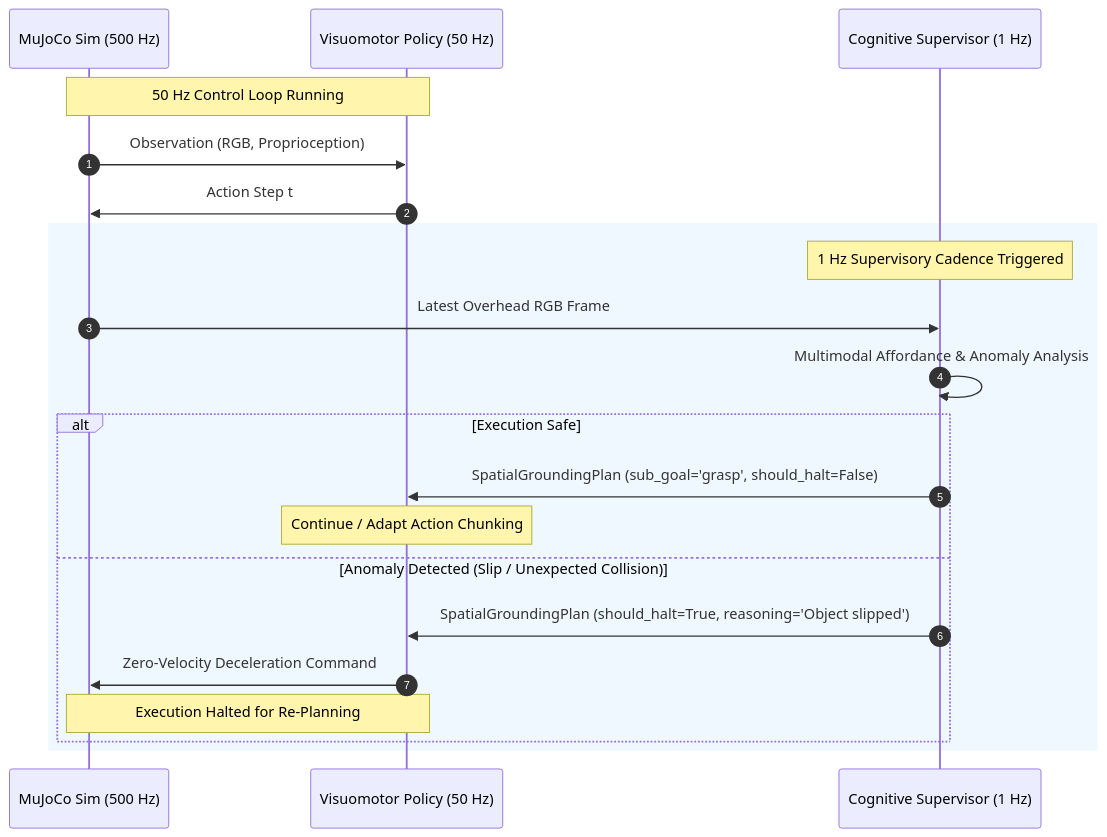
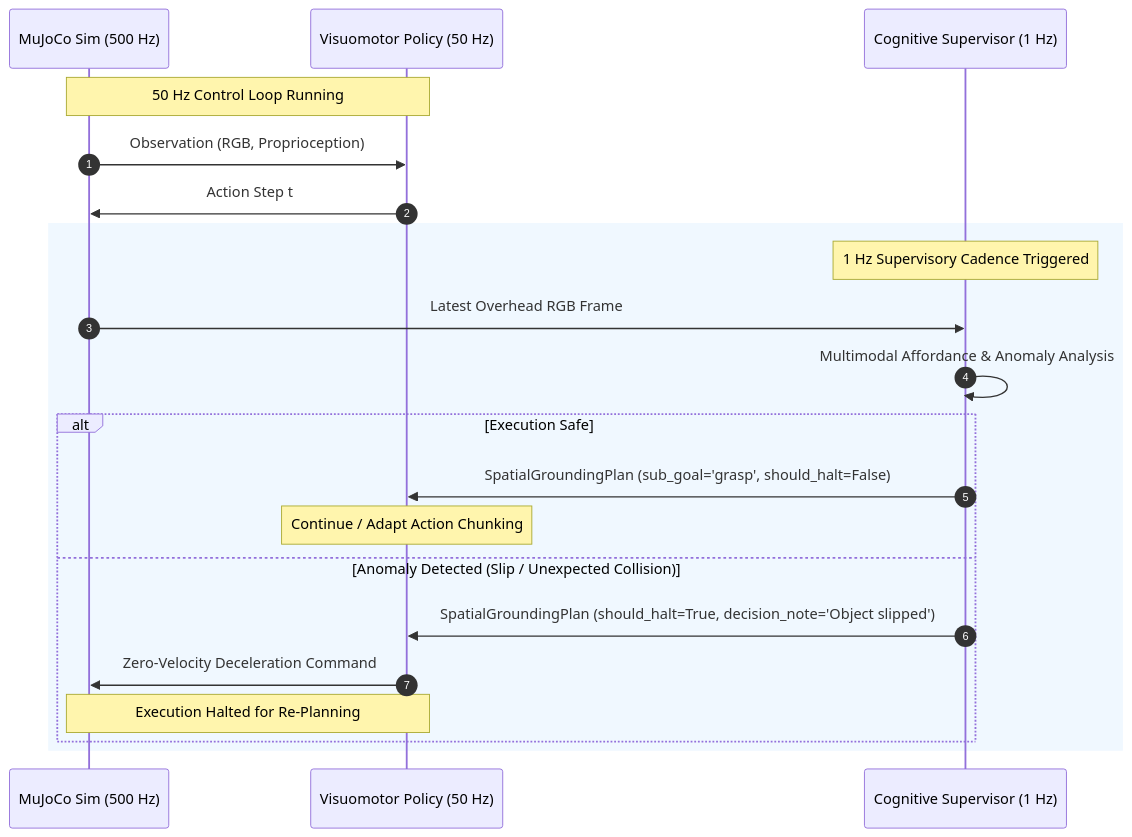
The second of 2 diagrams in docs/subsystem/01_cognitive_supervisory_tier.md (szcai1998/lerobot-agentic), drawn with Mermaid before and after one commit. The commit also changed other lines of this file and 18 other files, not shown here.

Commit message:
feat: implement industrial review feedback across policy, kinematics, schemas, and docs

````diff
--- a/docs/subsystem/01_cognitive_supervisory_tier.md
+++ b/docs/subsystem/01_cognitive_supervisory_tier.md
@@ -172,25 +181,25 @@
 ```mermaid
 sequenceDiagram
     autonumber
     participant ENV as MuJoCo Sim (500 Hz)
     participant POL as Visuomotor Policy (50 Hz)
     participant COG as Cognitive Supervisor (1 Hz)
 
     Note over ENV,POL: 50 Hz Control Loop Running
     ENV->>POL: Observation (RGB, Proprioception)
     POL->>ENV: Action Step t
     
     rect rgb(240, 248, 255)
         Note over COG: 1 Hz Supervisory Cadence Triggered
         ENV->>COG: Latest Overhead RGB Frame
         COG->>COG: Multimodal Affordance & Anomaly Analysis
         alt Execution Safe
             COG->>POL: SpatialGroundingPlan (sub_goal='grasp', should_halt=False)
             Note over POL: Continue / Adapt Action Chunking
         else Anomaly Detected (Slip / Unexpected Collision)
-            COG->>POL: SpatialGroundingPlan (should_halt=True, reasoning='Object slipped')
+            COG->>POL: SpatialGroundingPlan (should_halt=True, decision_note='Object slipped')
             POL->>ENV: Zero-Velocity Deceleration Command
             Note over POL,ENV: Execution Halted for Re-Planning
         end
     end
 ```
````
